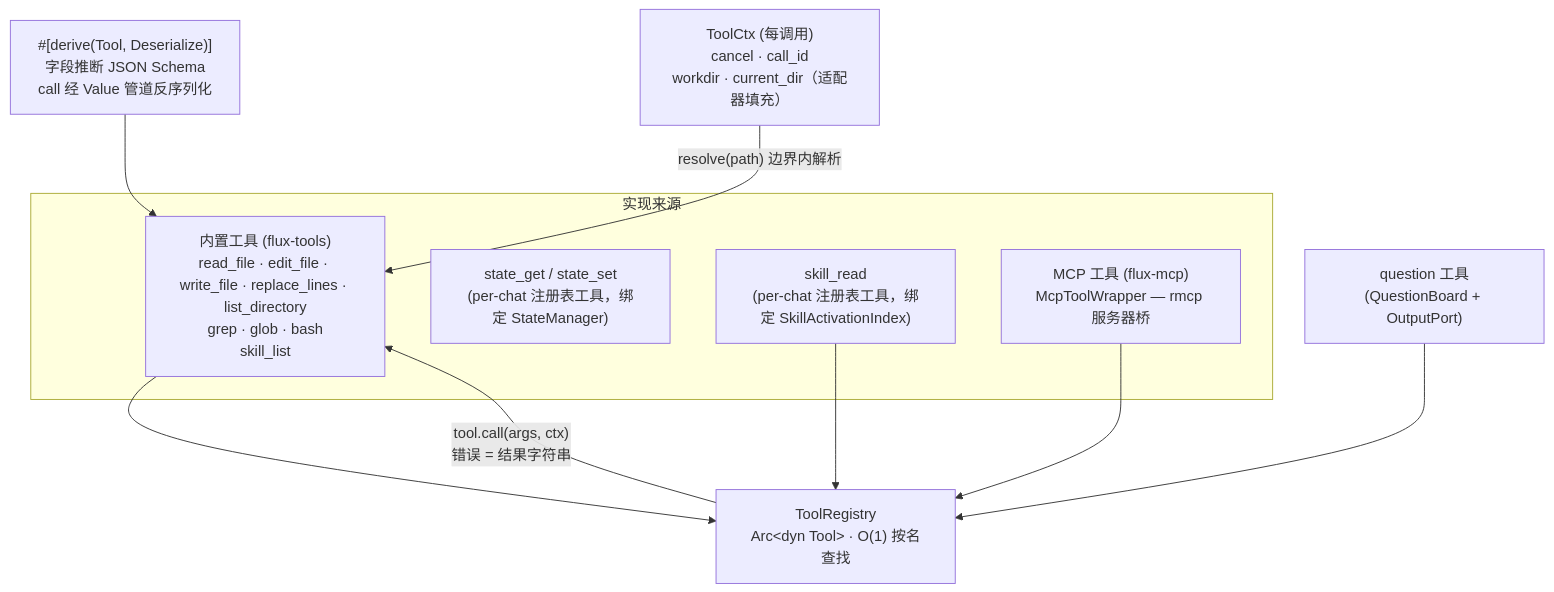
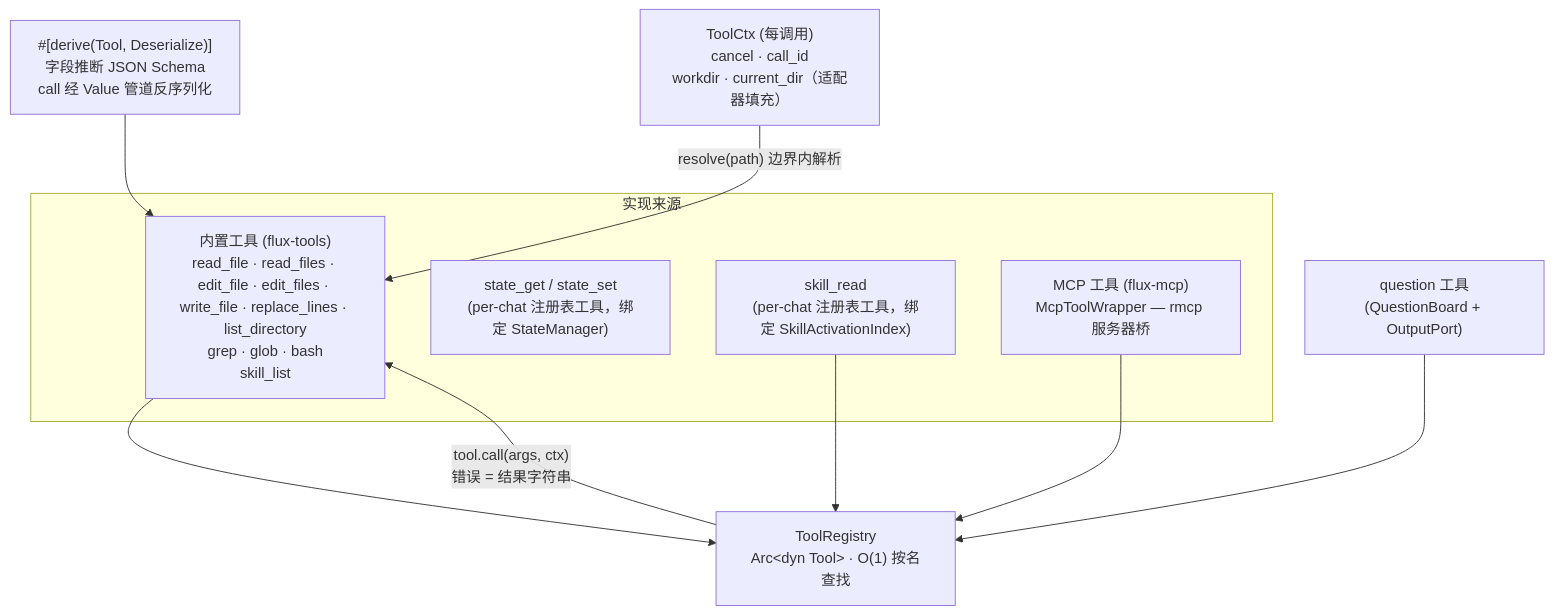
The fifth of 8 diagrams in docs/architecture.md (km0e/flux), drawn with Mermaid before and after one commit. The commit also changed other lines of this file and 109 other files, not shown here.

````diff
--- a/docs/architecture.md
+++ b/docs/architecture.md
@@ -235,20 +235,20 @@
 ```mermaid
 graph TB
  MACRO["#[derive(Tool, Deserialize)]<br/>字段推断 JSON Schema<br/>call 经 Value 管道反序列化"]
  subgraph IMPL["实现来源"]
- BUILTIN["内置工具 (flux-tools)<br/>read_file · edit_file · write_file · replace_lines · list_directory<br/>grep · glob · bash<br/>skill_list"]
+ BUILTIN["内置工具 (flux-tools)<br/>read_file · read_files · edit_file · edit_files · write_file · replace_lines · list_directory<br/>grep · glob · bash<br/>skill_list"]
  STATE["state_get / state_set<br/>(per-chat 注册表工具，绑定 StateManager)"]
  SKILL["skill_read<br/>(per-chat 注册表工具，绑定 SkillActivationIndex)"]
  MCPT["MCP 工具 (flux-mcp)<br/>McpToolWrapper — rmcp 服务器桥"]
  end
  REG["ToolRegistry<br/>Arc&lt;dyn Tool&gt; · O(1) 按名查找"]
  CTX["ToolCtx (每调用)<br/>cancel · call_id<br/>workdir · current_dir（适配器填充）"]
  MACRO --> BUILTIN
  BUILTIN --> REG
  SKILL --> REG
  QUESTION["question 工具<br/>(QuestionBoard + OutputPort)"]
  QUESTION --> REG
  MCPT --> REG
  REG -->|"tool.call(args, ctx)<br/>错误 = 结果字符串"| BUILTIN
  CTX -->|"resolve(path) 边界内解析"| BUILTIN
 ```
````
